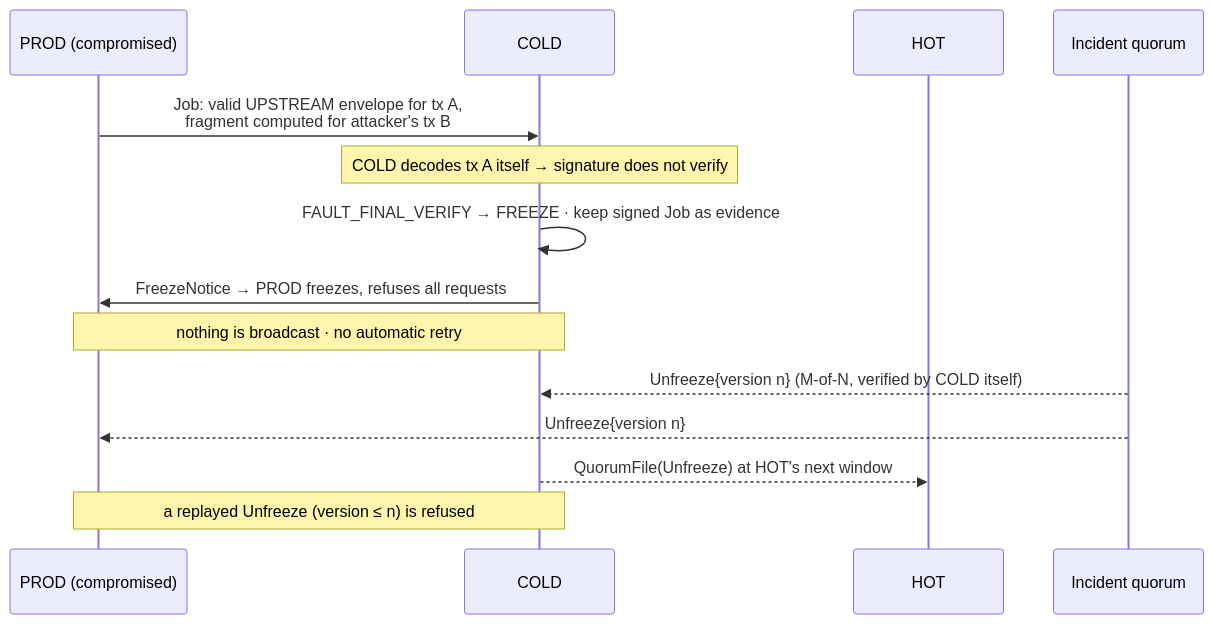
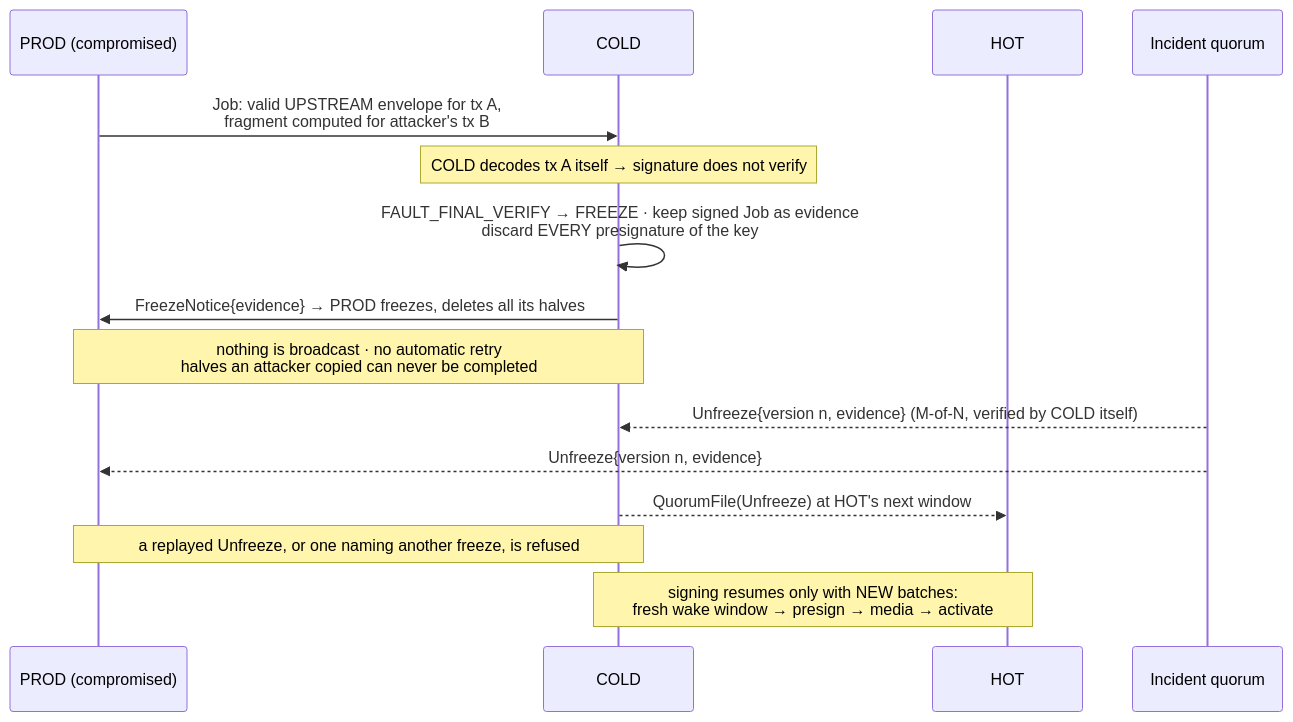
The eighth of 11 diagrams in README.md (giapnguyen74/fast-mpc-for-hotwallet), drawn with Mermaid before and after one commit. The commit also changed other lines of this file, not shown here.

Commit message:
README: freeze diagrams show forced new batches after unfreeze

````diff
--- a/README.md
+++ b/README.md
@@ -212,16 +212,17 @@
 ```mermaid
 sequenceDiagram
     participant P as PROD (compromised)
     participant C as COLD
     participant H as HOT
     participant Q as Incident quorum
     P->>C: Job: valid UPSTREAM envelope for tx A,<br/>fragment computed for attacker's tx B
     Note over C: COLD decodes tx A itself → signature does not verify
-    C->>C: FAULT_FINAL_VERIFY → FREEZE · keep signed Job as evidence
-    C->>P: FreezeNotice → PROD freezes, refuses all requests
-    Note over P,C: nothing is broadcast · no automatic retry
-    Q-->>C: Unfreeze{version n} (M-of-N, verified by COLD itself)
-    Q-->>P: Unfreeze{version n}
+    C->>C: FAULT_FINAL_VERIFY → FREEZE · keep signed Job as evidence<br/>discard EVERY presignature of the key
+    C->>P: FreezeNotice{evidence} → PROD freezes, deletes all its halves
+    Note over P,C: nothing is broadcast · no automatic retry<br/>halves an attacker copied can never be completed
+    Q-->>C: Unfreeze{version n, evidence} (M-of-N, verified by COLD itself)
+    Q-->>P: Unfreeze{version n, evidence}
     C-->>H: QuorumFile(Unfreeze) at HOT's next window
-    Note over C,P: a replayed Unfreeze (version ≤ n) is refused
+    Note over C,P: a replayed Unfreeze, or one naming another freeze, is refused
+    Note over C,H: signing resumes only with NEW batches:<br/>fresh wake window → presign → media → activate
 ```
````
